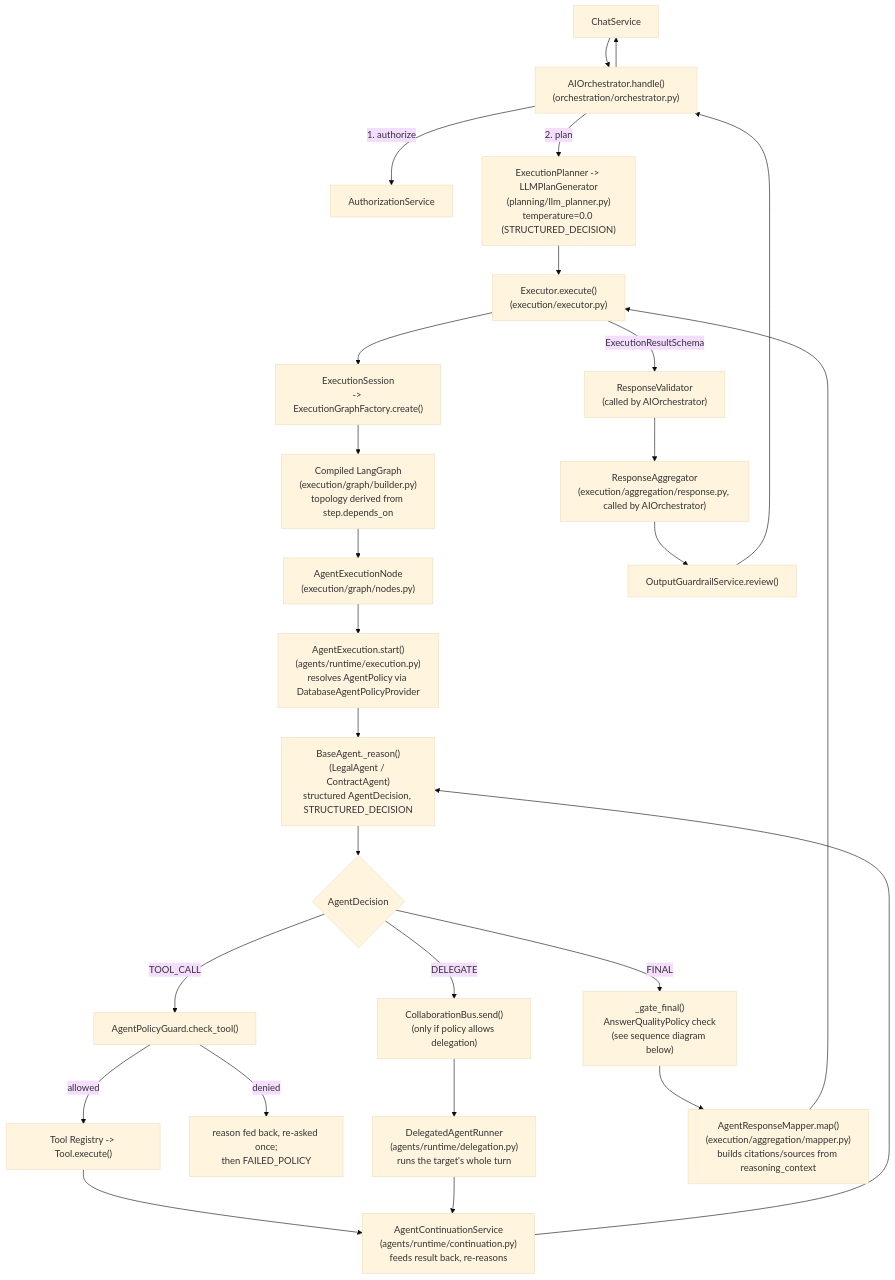
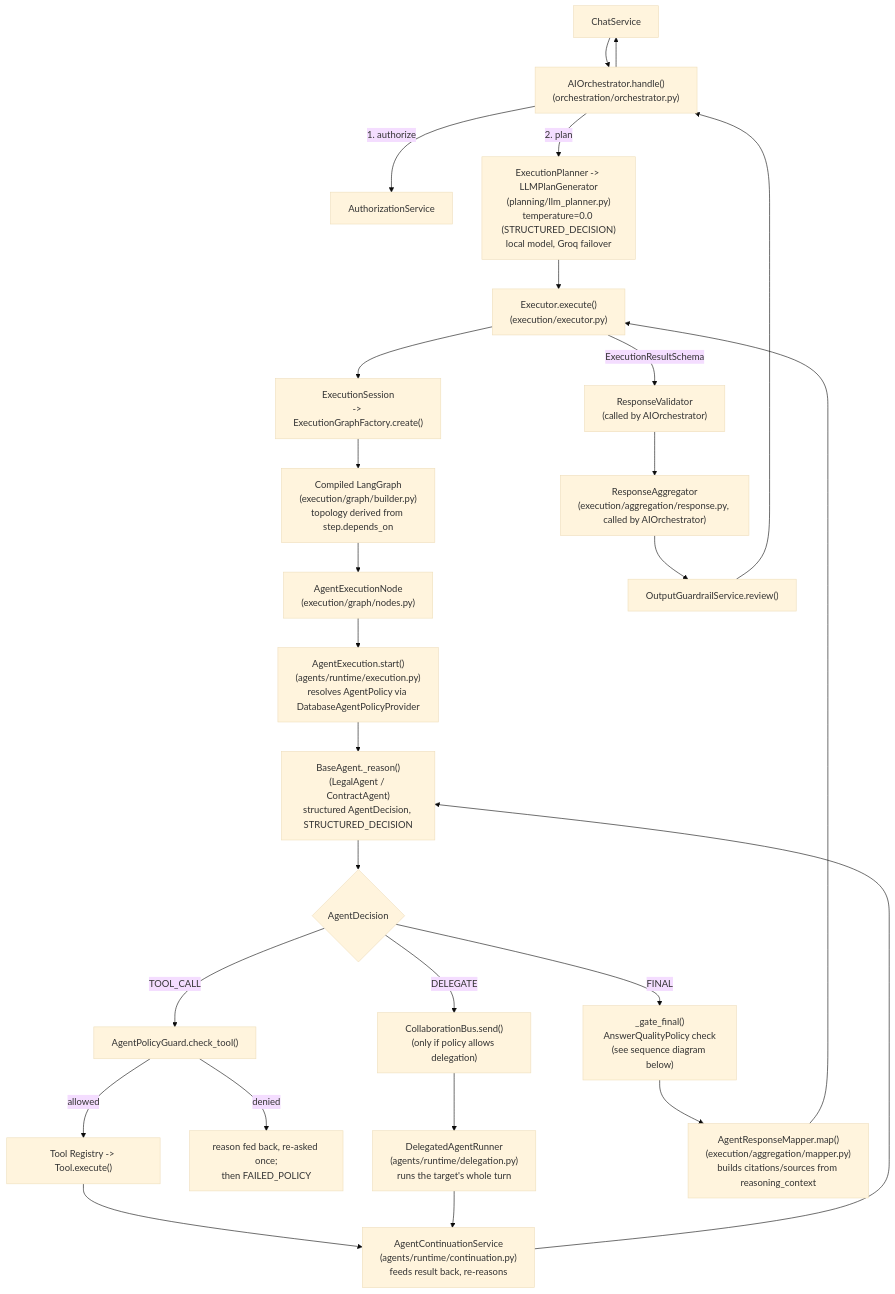
Before and after one commit to bharatkse/juris-ai: the first of 5 diagrams in server/src/agentic/README.md, drawn with Mermaid (base theme). The commit also changed other lines of this file and 74 other files, not shown here.

````diff
--- a/server/src/agentic/README.md
+++ b/server/src/agentic/README.md
@@ -36,29 +36,29 @@
 ```mermaid
 flowchart TD
     REQ[ChatService] --> ORCH["AIOrchestrator.handle()<br/>(orchestration/orchestrator.py)"]
     ORCH -->|1. authorize| AUTH[AuthorizationService]
-    ORCH -->|2. plan| PLAN["ExecutionPlanner -> LLMPlanGenerator<br/>(planning/llm_planner.py)<br/>temperature=0.0 (STRUCTURED_DECISION)"]
+    ORCH -->|2. plan| PLAN["ExecutionPlanner -> LLMPlanGenerator<br/>(planning/llm_planner.py)<br/>temperature=0.0 (STRUCTURED_DECISION)<br/>local model, Groq failover"]
     PLAN --> EXECUTOR["Executor.execute()<br/>(execution/executor.py)"]
     EXECUTOR --> SESSION["ExecutionSession<br/>-> ExecutionGraphFactory.create()"]
     SESSION --> GRAPH["Compiled LangGraph<br/>(execution/graph/builder.py)<br/>topology derived from step.depends_on"]
     GRAPH --> NODE["AgentExecutionNode<br/>(execution/graph/nodes.py)"]
     NODE --> AEXEC["AgentExecution.start()<br/>(agents/runtime/execution.py)<br/>resolves AgentPolicy via DatabaseAgentPolicyProvider"]
     AEXEC --> AGENT["BaseAgent._reason()<br/>(LegalAgent / ContractAgent)<br/>structured AgentDecision, STRUCTURED_DECISION"]
     AGENT --> DECISION{AgentDecision}
     DECISION -->|TOOL_CALL| GUARD["AgentPolicyGuard.check_tool()"]
     GUARD -->|allowed| TOOLREG["Tool Registry -> Tool.execute()"]
     GUARD -->|denied| FAILPOLICY["reason fed back, re-asked once;<br/>then FAILED_POLICY"]
     TOOLREG --> CONT["AgentContinuationService<br/>(agents/runtime/continuation.py)<br/>feeds result back, re-reasons"]
     CONT --> AGENT
     DECISION -->|DELEGATE| BUS["CollaborationBus.send()<br/>(only if policy allows delegation)"]
     BUS --> RUNNER["DelegatedAgentRunner<br/>(agents/runtime/delegation.py)<br/>runs the target's whole turn"]
     RUNNER --> CONT
     DECISION -->|FINAL| GATE["_gate_final()<br/>AnswerQualityPolicy check<br/>(see sequence diagram below)"]
     GATE --> MAPPER["AgentResponseMapper.map()<br/>(execution/aggregation/mapper.py)<br/>builds citations/sources from reasoning_context"]
     MAPPER --> EXECUTOR
     EXECUTOR -->|ExecutionResultSchema| VALIDATOR["ResponseValidator<br/>(called by AIOrchestrator)"]
     VALIDATOR --> AGG["ResponseAggregator<br/>(execution/aggregation/response.py, called by AIOrchestrator)"]
     AGG --> GR["OutputGuardrailService.review()"]
     GR --> ORCH
     ORCH --> REQ
 ```
````
